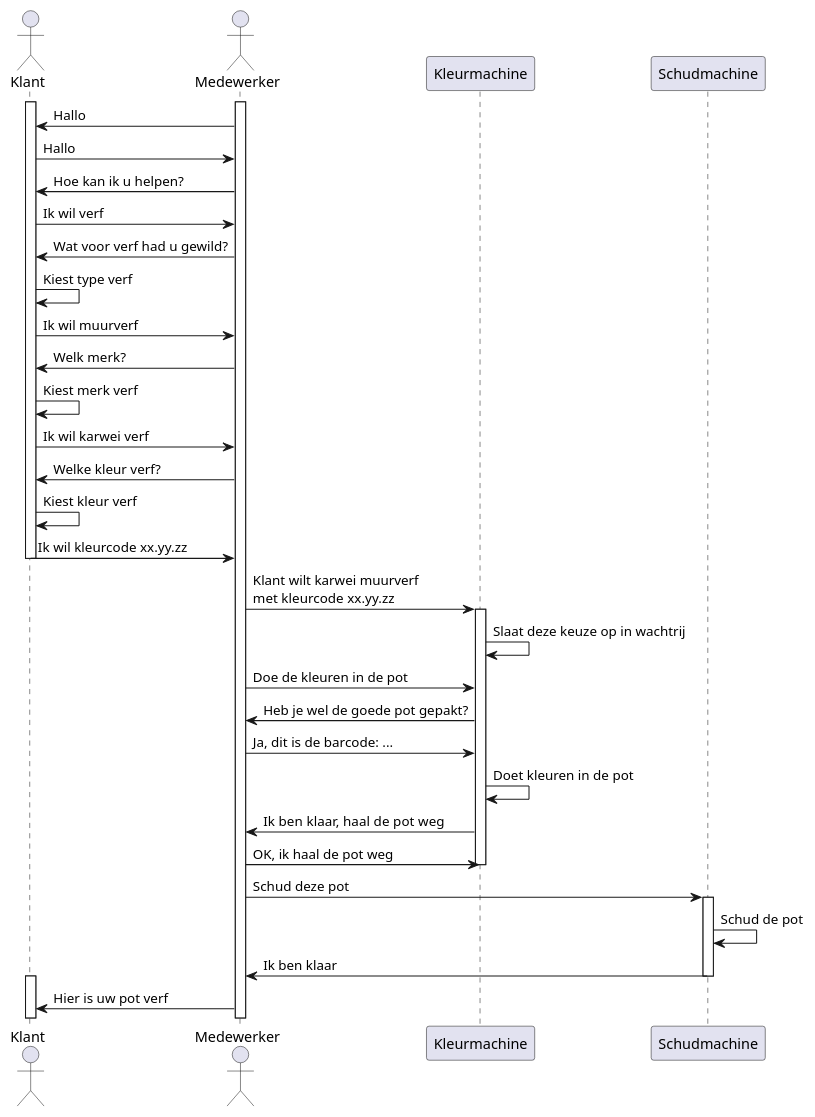
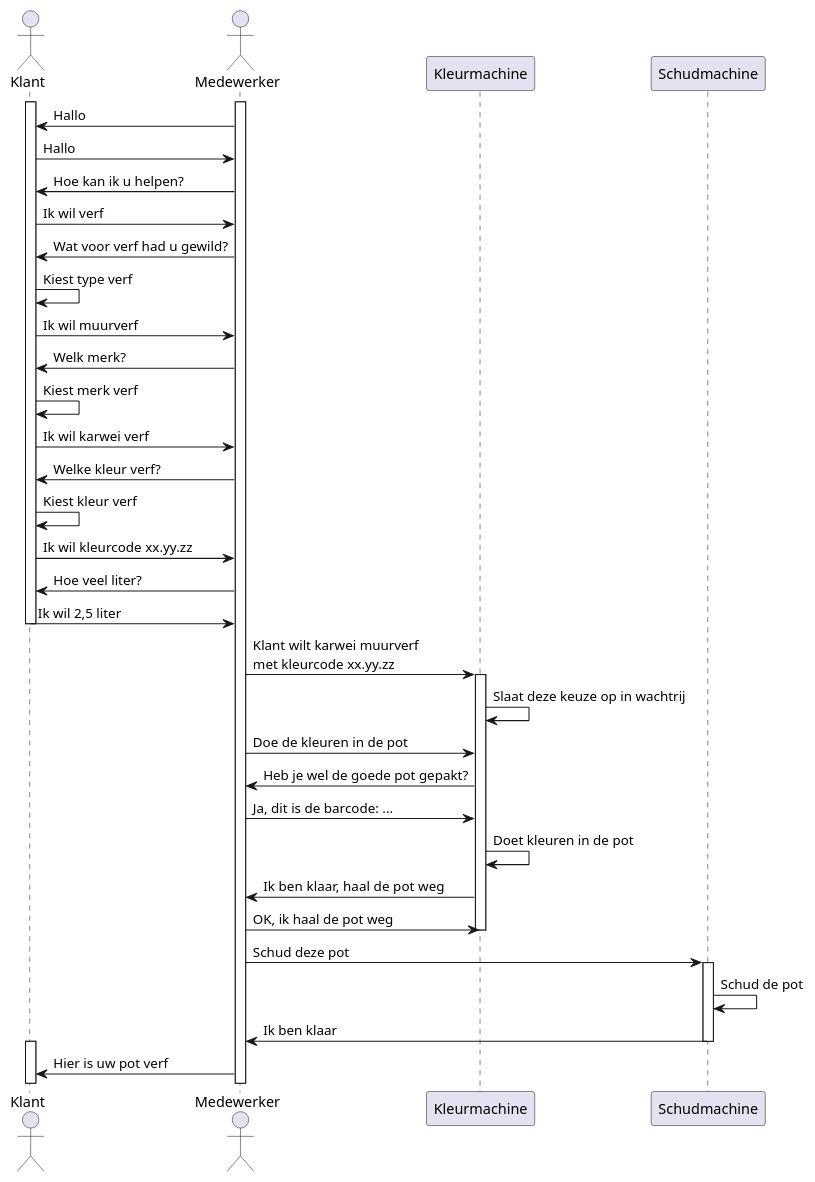
The diagram in MDBook/src/sequence_diagram.md (RickValkSaxion/Virtual_PLC_project), drawn with PlantUML before and after one commit.

Commit message:
Added amount of paint

````diff
--- a/MDBook/src/sequence_diagram.md
+++ b/MDBook/src/sequence_diagram.md
@@ -7,42 +7,44 @@
 ```plantuml
 @startuml
 actor Klant as klt
 actor Medewerker as kwm
 participant Kleurmachine as klm
 participant Schudmachine as sdm
 
 activate kwm
 activate klt
 kwm -> klt : Hallo
 klt -> kwm : Hallo
 kwm -> klt : Hoe kan ik u helpen?
 klt -> kwm : Ik wil verf
 kwm -> klt : Wat voor verf had u gewild?
 klt -> klt : Kiest type verf
 klt -> kwm : Ik wil muurverf
 kwm -> klt : Welk merk?
 klt -> klt : Kiest merk verf
 klt -> kwm : Ik wil karwei verf
 kwm -> klt : Welke kleur verf?
 klt -> klt : Kiest kleur verf
 klt -> kwm : Ik wil kleurcode xx.yy.zz
+kwm -> klt : Hoe veel liter?
+klt -> kwm : Ik wil 2,5 liter
 deactivate klt
 kwm -> klm : Klant wilt karwei muurverf \nmet kleurcode xx.yy.zz
 activate klm
 klm -> klm : Slaat deze keuze op in wachtrij
 kwm -> klm : Doe de kleuren in de pot
 klm -> kwm : Heb je wel de goede pot gepakt?
 kwm -> klm : Ja, dit is de barcode: ...
 klm -> klm : Doet kleuren in de pot
 klm -> kwm : Ik ben klaar, haal de pot weg
 kwm -> klm : OK, ik haal de pot weg
 deactivate klm
 kwm -> sdm : Schud deze pot
 activate sdm
 sdm -> sdm : Schud de pot
 sdm -> kwm : Ik ben klaar
 deactivate sdm
 activate klt
 kwm -> klt : Hier is uw pot verf
 @enduml
 ```
````
